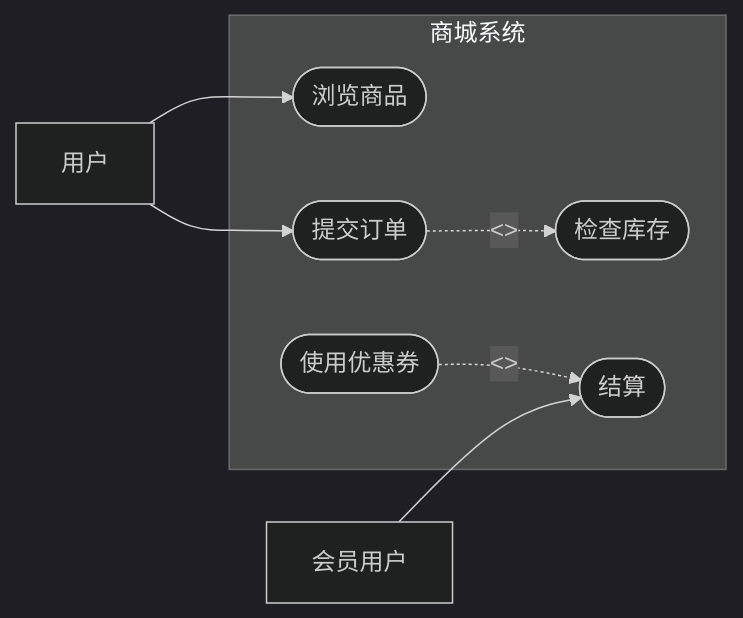
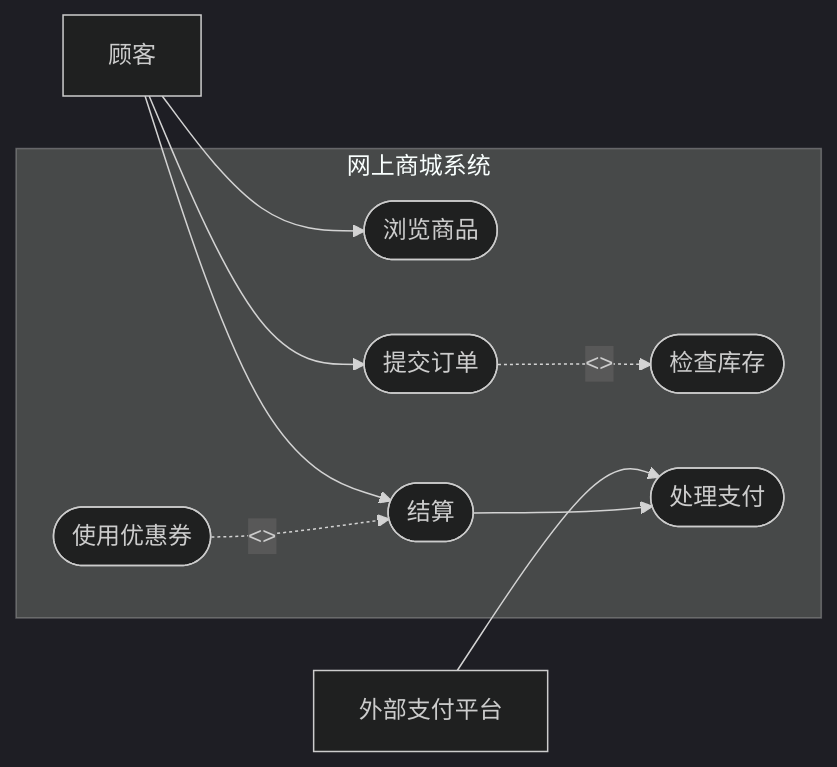
Before and after one commit to 74262195/system-architect-notes: the diagram in 01_综合知识/04_软件工程基础知识/03_分析与设计/UML用例图.md, drawn with Mermaid (dark theme). The commit also changed other lines of this file, not shown here.

Commit message:
统一 UML 用例图笔记的贯穿示例为网上商城

````diff
--- a/01_综合知识/04_软件工程基础知识/03_分析与设计/UML用例图.md
+++ b/01_综合知识/04_软件工程基础知识/03_分析与设计/UML用例图.md
@@ -107,19 +107,22 @@
 ```mermaid
 flowchart LR
-    U[用户]
-    M[会员用户]
+    U[顾客]
+    Pay[外部支付平台]
 
-    subgraph SHOP[商城系统]
+    subgraph SHOP[网上商城系统]
         B([浏览商品])
         O([提交订单])
         I([检查库存])
         C([结算])
         P([使用优惠券])
+        H([处理支付])
     end
 
     U --> B
     U --> O
-    M --> C
+    U --> C
+    Pay --> H
     O -. "<<include>>" .-> I
     P -. "<<extend>>" .-> C
+    C --> H
 ```
````
